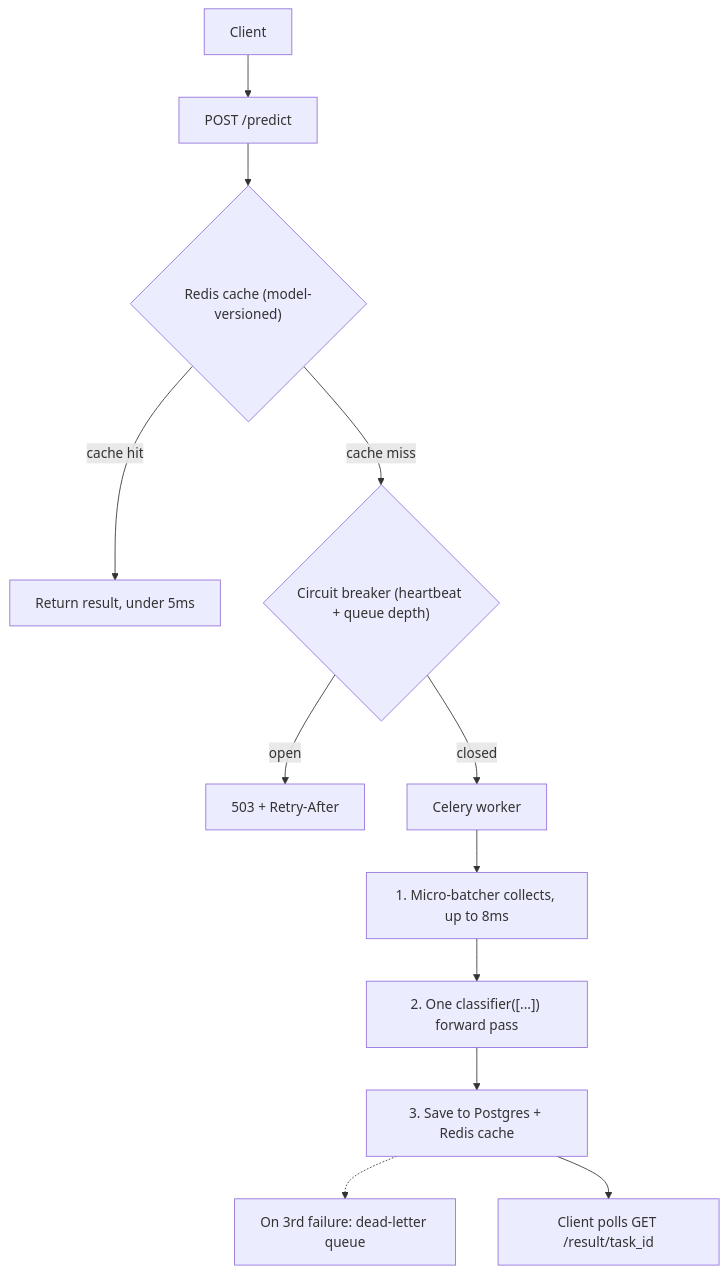
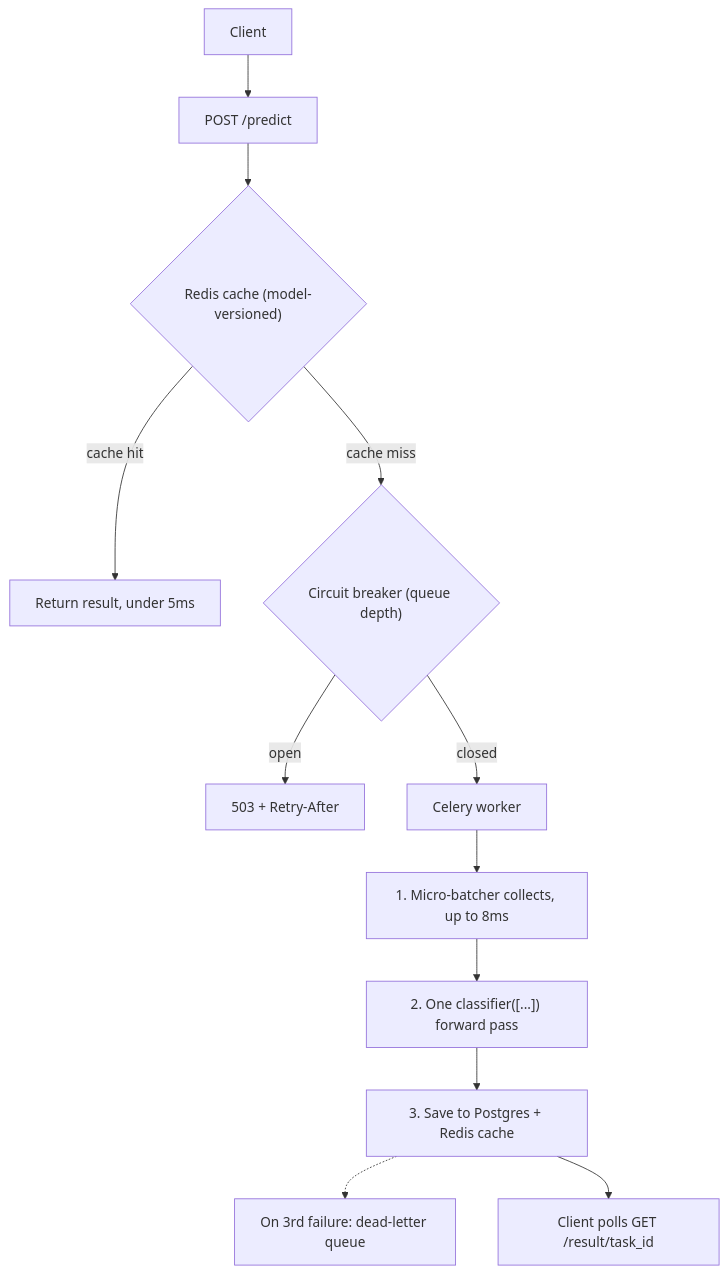
One commit to AshrafAhmed9/cleartext-api changed the diagram in README.md. Above: the diagram before and after it, drawn with Mermaid. The commit also changed other lines of this file and 48 other files, not shown here.

````diff
--- a/README.md
+++ b/README.md
@@ -23,14 +23,14 @@
 ```mermaid
 flowchart TD
     A[Client] --> B["POST /predict"]
     B --> C{"Redis cache (model-versioned)"}
     C -- cache hit --> D["Return result, under 5ms"]
-    C -- cache miss --> E{"Circuit breaker (heartbeat + queue depth)"}
+    C -- cache miss --> E{"Circuit breaker (queue depth)"}
     E -- open --> F["503 + Retry-After"]
     E -- closed --> G["Celery worker"]
     G --> G1["1. Micro-batcher collects, up to 8ms"]
     G1 --> G2["2. One classifier([...]) forward pass"]
     G2 --> G3["3. Save to Postgres + Redis cache"]
     G3 -.-> G4["On 3rd failure: dead-letter queue"]
     G3 --> H["Client polls GET /result/task_id"]
 ```
````
